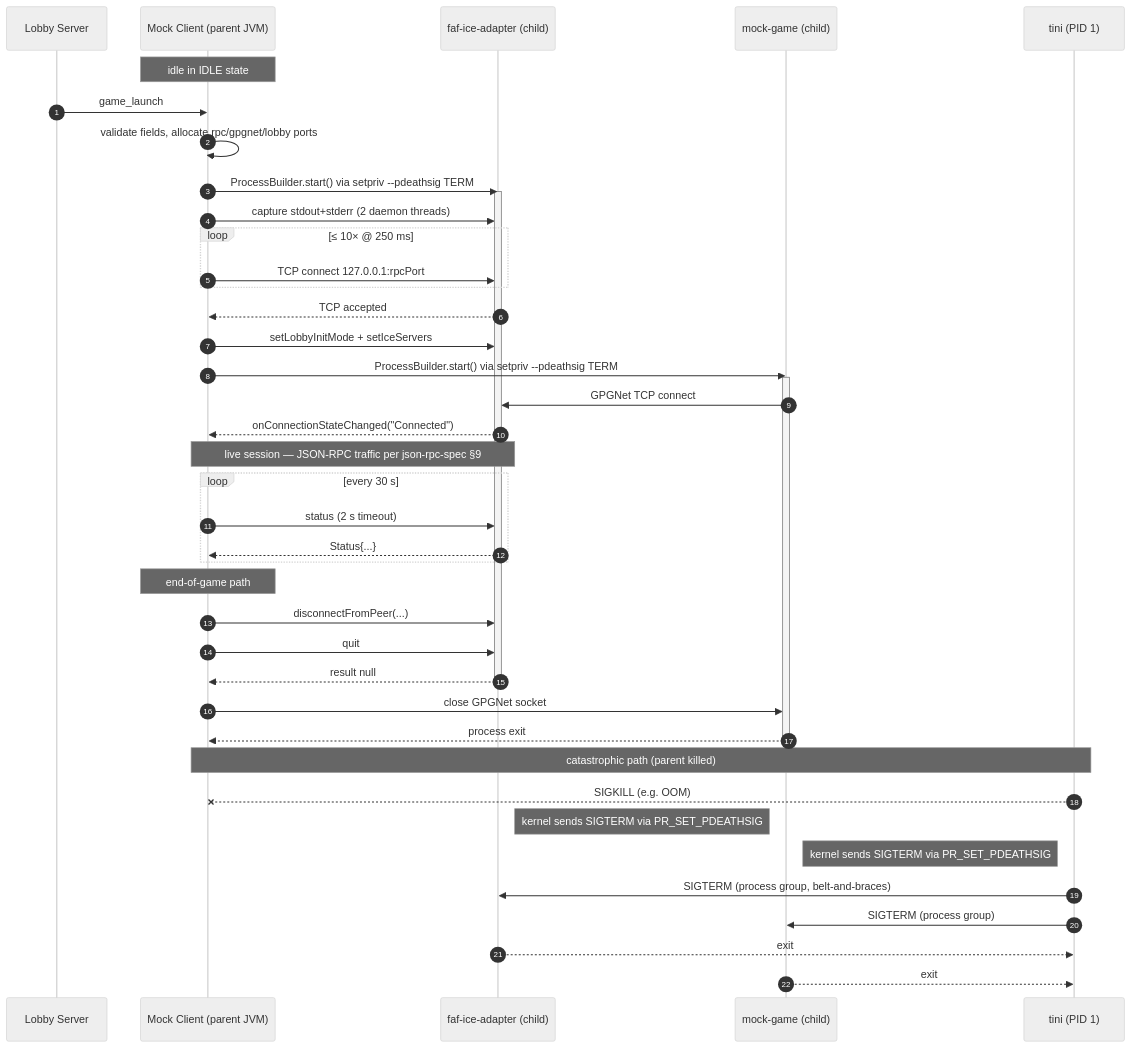
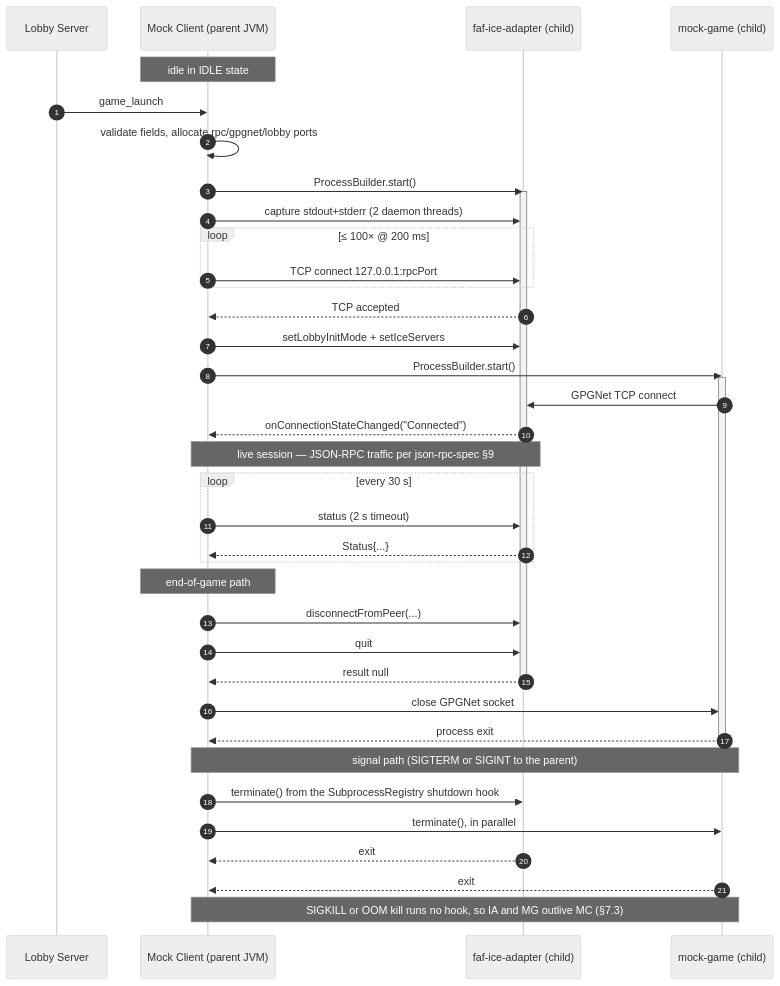
Before and after one commit to md-173/faf-test-harness: the diagram in documentation/research/subprocess-orchestration-spec.md, drawn with Mermaid (neutral theme). The commit also changed other lines of this file, not shown here.

````diff
--- a/documentation/research/subprocess-orchestration-spec.md
+++ b/documentation/research/subprocess-orchestration-spec.md
@@ -646,50 +654,47 @@
 ```mermaid
 sequenceDiagram
     autonumber
     participant LS as Lobby Server
     participant MC as Mock Client (parent JVM)
     participant IA as faf-ice-adapter (child)
     participant MG as mock-game (child)
-    participant TINI as tini (PID 1)
 
     Note over MC: idle in IDLE state
     LS->>MC: game_launch
     MC->>MC: validate fields, allocate rpc/gpgnet/lobby ports
-    MC->>IA: ProcessBuilder.start() via setpriv --pdeathsig TERM
+    MC->>IA: ProcessBuilder.start()
     activate IA
     MC->>IA: capture stdout+stderr (2 daemon threads)
-    loop ≤ 10× @ 250 ms
+    loop ≤ 100× @ 200 ms
         MC->>IA: TCP connect 127.0.0.1:rpcPort
     end
     IA-->>MC: TCP accepted
     MC->>IA: setLobbyInitMode + setIceServers
-    MC->>MG: ProcessBuilder.start() via setpriv --pdeathsig TERM
+    MC->>MG: ProcessBuilder.start()
     activate MG
     MG->>IA: GPGNet TCP connect
     IA-->>MC: onConnectionStateChanged("Connected")
 
     Note over MC,IA: live session — JSON-RPC traffic per json-rpc-spec §9
 
     loop every 30 s
         MC->>IA: status (2 s timeout)
         IA-->>MC: Status{...}
     end
 
     Note over MC: end-of-game path
     MC->>IA: disconnectFromPeer(...)
     MC->>IA: quit
     IA-->>MC: result null
     deactivate IA
     MC->>MG: close GPGNet socket
     MG-->>MC: process exit
     deactivate MG
 
-    Note over MC,TINI: catastrophic path (parent killed)
-    TINI--xMC: SIGKILL (e.g. OOM)
-    Note right of IA: kernel sends SIGTERM via PR_SET_PDEATHSIG
-    Note right of MG: kernel sends SIGTERM via PR_SET_PDEATHSIG
-    TINI->>IA: SIGTERM (process group, belt-and-braces)
-    TINI->>MG: SIGTERM (process group)
-    IA-->>TINI: exit
-    MG-->>TINI: exit
+    Note over MC,MG: signal path (SIGTERM or SIGINT to the parent)
+    MC->>IA: terminate() from the SubprocessRegistry shutdown hook
+    MC->>MG: terminate(), in parallel
+    IA-->>MC: exit
+    MG-->>MC: exit
+    Note over MC,MG: SIGKILL or OOM kill runs no hook, so IA and MG outlive MC (§7.3)
 ```
````
